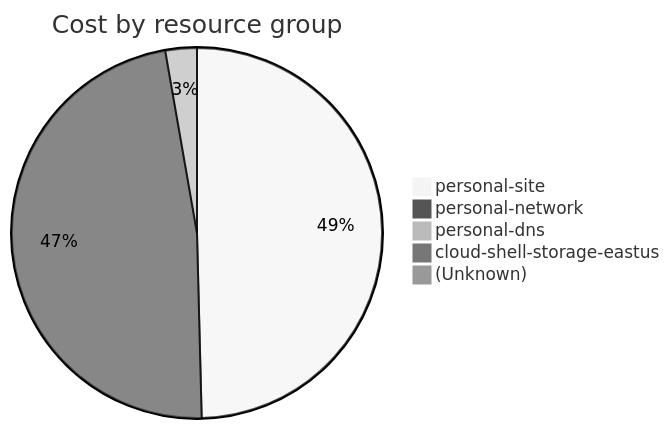
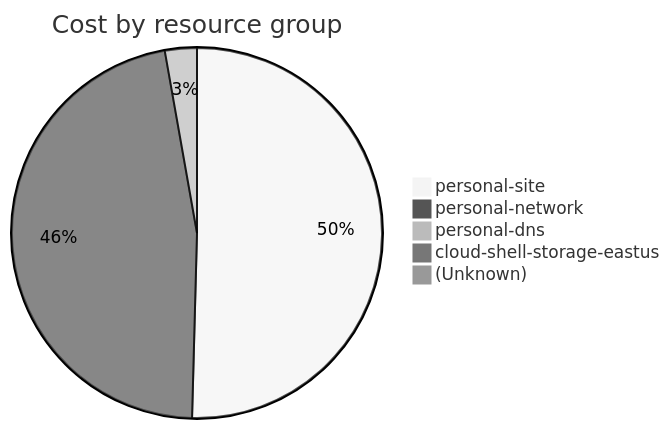
One commit to jpfulton/azure-personal-reports changed the fourth of 4 diagrams in cost-reports/accumulated-cost.md. Above: the diagram before and after it, drawn with Mermaid (neutral theme). The commit also changed other lines of this file and 4 other files, not shown here.

````diff
--- a/cost-reports/accumulated-cost.md
+++ b/cost-reports/accumulated-cost.md
@@ -155,9 +155,9 @@
 ```mermaid
 pie
    title Cost by resource group
-   "personal-site" : 16.59
+   "personal-site" : 17.18
    "personal-network" : 15.94
-   "personal-dns" : 0.92
-   "cloud-shell-storage-eastus" : 0.27
+   "personal-dns" : 0.95
+   "cloud-shell-storage-eastus" : 0.28
    "(Unknown)" : 0.10
 ```
````
